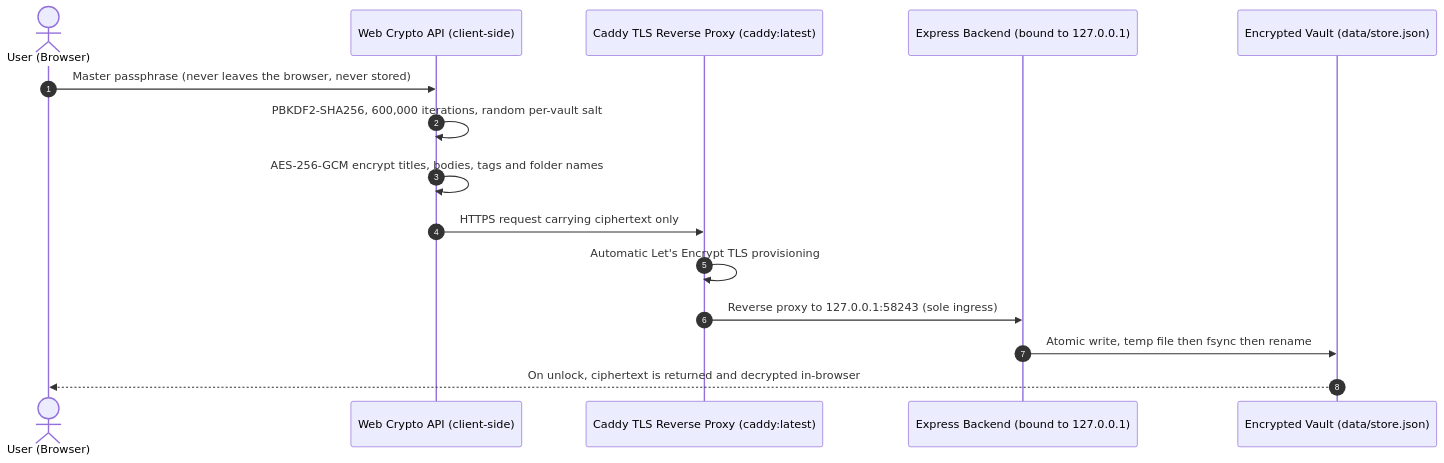
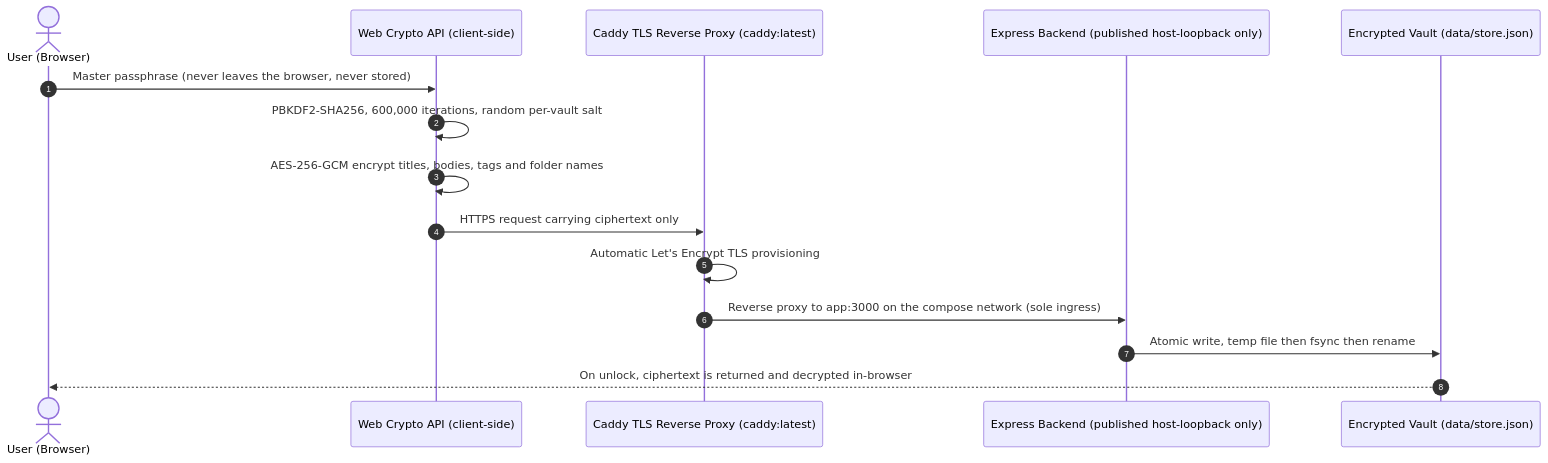
The diagram in README.md (Arelius-D/LucID), drawn with Mermaid before and after one commit. The commit also changed other lines of this file and 73 other files, not shown here.

````diff
--- a/README.md
+++ b/README.md
@@ -183,18 +183,18 @@
 ```mermaid
 sequenceDiagram
     autonumber
     actor User as User (Browser)
     participant Crypto as Web Crypto API (client-side)
     participant Caddy as Caddy TLS Reverse Proxy (caddy:latest)
-    participant Server as Express Backend (bound to 127.0.0.1)
+    participant Server as Express Backend (published host-loopback only)
     participant Storage as Encrypted Vault (data/store.json)
 
     User->>Crypto: Master passphrase (never leaves the browser, never stored)
     Crypto->>Crypto: PBKDF2-SHA256, 600,000 iterations, random per-vault salt
     Crypto->>Crypto: AES-256-GCM encrypt titles, bodies, tags and folder names
     Crypto->>Caddy: HTTPS request carrying ciphertext only
     Caddy->>Caddy: Automatic Let's Encrypt TLS provisioning
-    Caddy->>Server: Reverse proxy to 127.0.0.1:58243 (sole ingress)
+    Caddy->>Server: Reverse proxy to app:3000 on the compose network (sole ingress)
     Server->>Storage: Atomic write, temp file then fsync then rename
     Storage-->>User: On unlock, ciphertext is returned and decrypted in-browser
 ```
````
